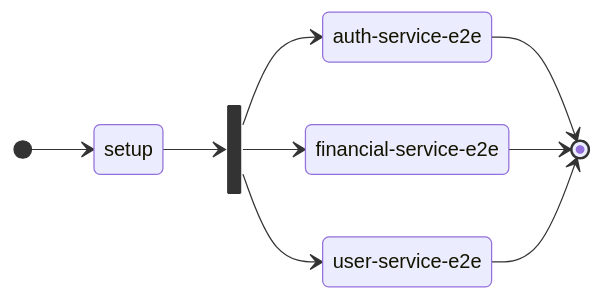
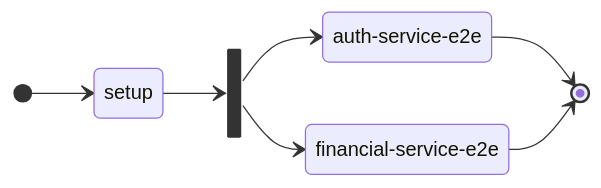
One commit to shimisnow/poc-nestjs changed the second of 3 diagrams in docs/markdown/github-actions.md. Above: the diagram before and after it, drawn with Mermaid. The commit also changed other lines of this file and 7 other files, not shown here.

Commit message:
docs: remove user-service from documentation

````diff
--- a/docs/markdown/github-actions.md
+++ b/docs/markdown/github-actions.md
@@ -46,17 +43,14 @@
 ```mermaid
 stateDiagram-v2
 direction LR
 state "auth-service-e2e" as auth
 state "financial-service-e2e" as financial
-state "user-service-e2e" as user
 state wait <<fork>>
 
 [*] --> setup
 setup --> wait
 wait --> auth
 wait --> financial
-wait --> user
 auth --> [*]
 financial --> [*]
-user --> [*]
 ```
````
